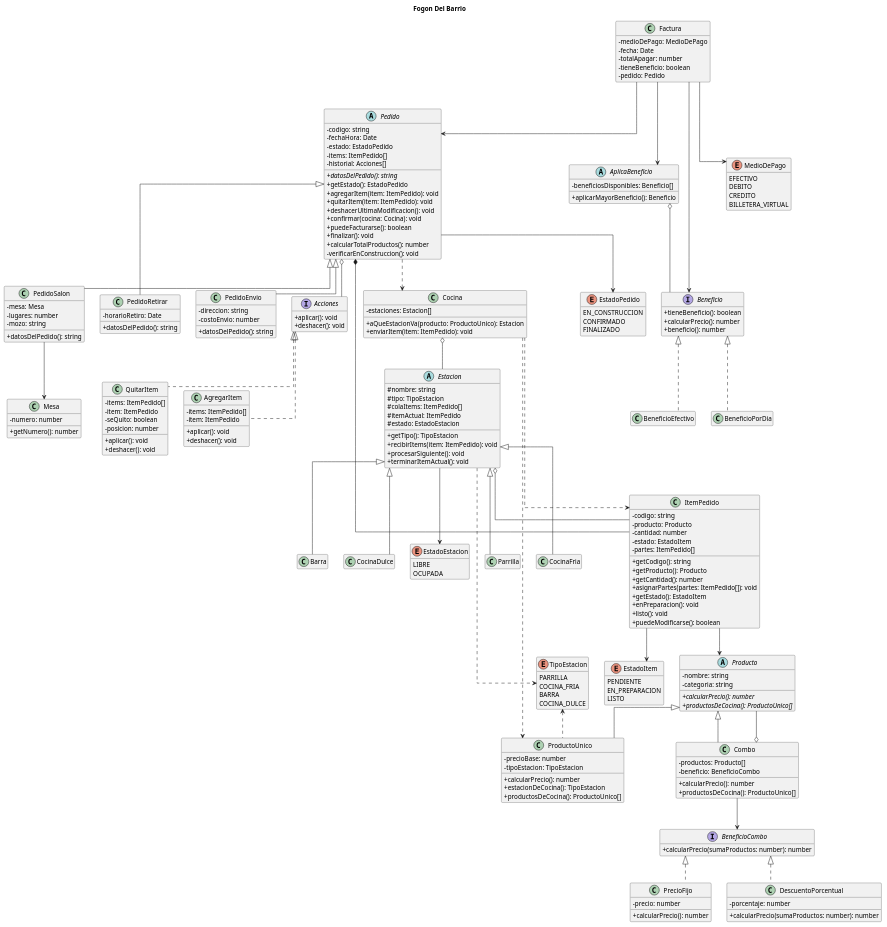
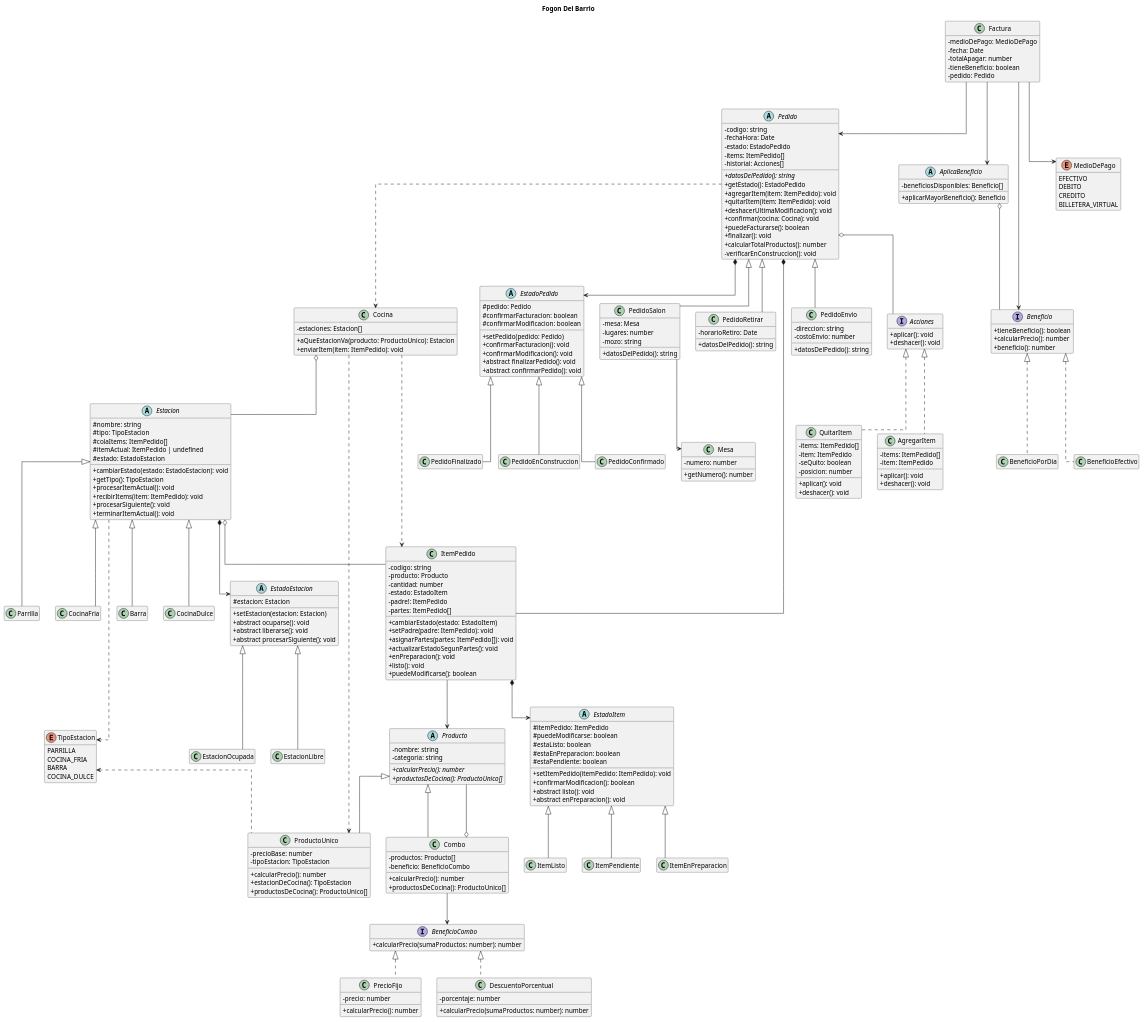
One commit to Laszlo-GAN/TP-Programacion-2--Grupo-12 changed the diagram in diagrama/diagrama de clases Fogon del Barrio.puml. Above: the diagram before and after it, drawn with PlantUML.

Commit message:
Actualizado diagrama de clases

```diff
--- a/diagrama/diagrama de clases Fogon del Barrio.puml
+++ b/diagrama/diagrama de clases Fogon del Barrio.puml
@@ -27,10 +27,28 @@
   - verificarEnConstruccion(): void
 }
 
-enum EstadoPedido {
-  EN_CONSTRUCCION
-  CONFIRMADO
-  FINALIZADO
+abstract class EstadoPedido {
+  # pedido: Pedido
+  # confirmarFacturacion: boolean
+  # confirmarModificacion: boolean
+
+  + setPedido(pedido: Pedido)
+  + confirmarFacturacion(): void
+  + confirmarModificacion(): void
+  + abstract finalizarPedido(): void
+  + abstract confirmarPedido(): void
+}
+
+class PedidoEnConstruccion {
+
+}
+
+class PedidoConfirmado {
+
+}
+
+class PedidoFinalizado {
+
 }
 
 class Mesa {
@@ -63,6 +81,9 @@
 Pedido <|-- PedidoSalon
 Pedido <|-- PedidoRetirar
 Pedido <|-- PedidoEnvio
+EstadoPedido <|-- PedidoConfirmado
+EstadoPedido <|-- PedidoEnConstruccion
+EstadoPedido <|-- PedidoFinalizado
 PedidoSalon --> Mesa
 
 ' ============== PRODUCTO ===========
@@ -123,7 +144,7 @@
 Acciones <|.. QuitarItem
 Pedido o-- Acciones 
 Pedido  *--  ItemPedido
-Pedido --> EstadoPedido
+Pedido *--> EstadoPedido
 Pedido ..> Cocina 
 Producto <|-- ProductoUnico
 Producto <|-- Combo
@@ -141,10 +162,12 @@
   # nombre: string
   # tipo: TipoEstacion
   # colaItems: ItemPedido[]
-  # itemActual: ItemPedido
+  # itemActual: ItemPedido | undefined
   # estado: EstadoEstacion
 
+  + cambiarEstado(estado: EstadoEstacion): void
   + getTipo(): TipoEstacion
+  + procesarItemActual(): void
   + recibirItems(item: ItemPedido): void
   + procesarSiguiente(): void
   + terminarItemActual(): void
@@ -158,13 +181,27 @@
 
 class CocinaDulce {}
 
-enum EstadoEstacion {
-  LIBRE
-  OCUPADA
+abstract class EstadoEstacion {
+  # estacion: Estacion
+
+  + setEstacion(estacion: Estacion)
+  + abstract ocuparse(): void
+  + abstract liberarse(): void
+  + abstract procesarSiguiente(): void
+}
+
+class EstacionLibre {
+
+}
+
+class EstacionOcupada {
+
 }
 
 ProductoUnico .u.> TipoEstacion
-Estacion --> EstadoEstacion
+Estacion *--> EstadoEstacion
+EstadoEstacion <|-- EstacionLibre
+EstadoEstacion <|-- EstacionOcupada
 Estacion ..> TipoEstacion
 Cocina o--  Estacion
 Cocina ..> ProductoUnico 
@@ -182,27 +219,46 @@
   - producto: Producto
   - cantidad: number
   - estado: EstadoItem
+  - padre!: ItemPedido
   - partes: ItemPedido[]
 
-  + getCodigo(): string
-  + getProducto(): Producto
-  + getCantidad(): number
+  + cambiarEstado(estado: EstadoItem)
+  + setPadre(padre: ItemPedido): void
   + asignarPartes(partes: ItemPedido[]): void
-  + getEstado(): EstadoItem
+  + actualizarEstadoSegunPartes(): void
   + enPreparacion(): void
   + listo(): void
   + puedeModificarse(): boolean
 }
 
-enum EstadoItem {
-  PENDIENTE
-  EN_PREPARACION
-  LISTO
+abstract class EstadoItem {
+  # itemPedido: ItemPedido
+  # puedeModificarse: boolean
+  # estaListo: boolean
+  # estaEnPreparacion: boolean
+  # estaPendiente: boolean
+
+  + setItemPedido(itemPedido: ItemPedido): void
+  + confirmarModificacion(): boolean
+  + abstract listo(): void
+  + abstract enPreparacion(): void
 }
 
-ItemPedido --> EstadoItem
+class ItemPendiente {
+
+}
+
+class ItemEnPreparacion {
+
+}
+
+class ItemListo
+
+ItemPedido *--> EstadoItem
 ItemPedido --> Producto
-
+EstadoItem <|-- ItemEnPreparacion
+EstadoItem <|-- ItemListo
+EstadoItem <|-- ItemPendiente
 
 ' ========= beneficios ===========
 
```
